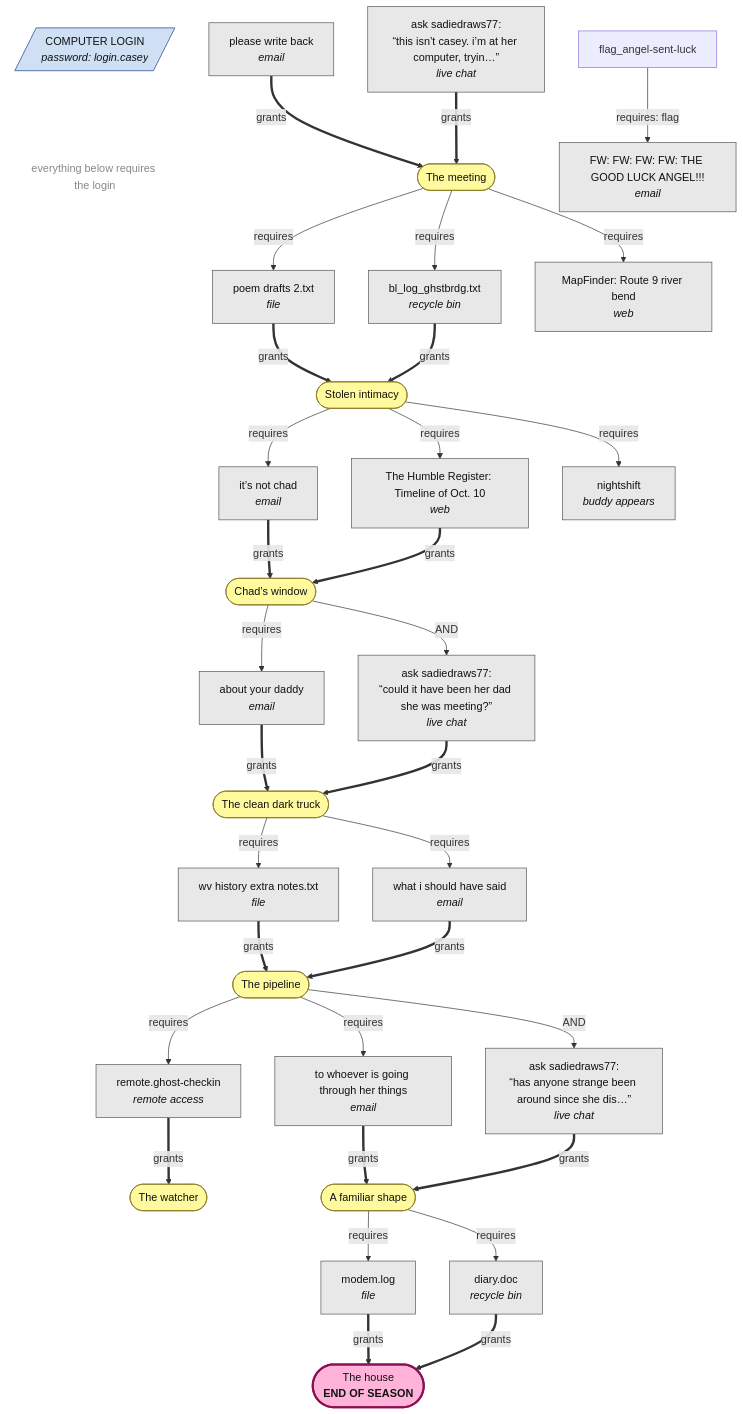
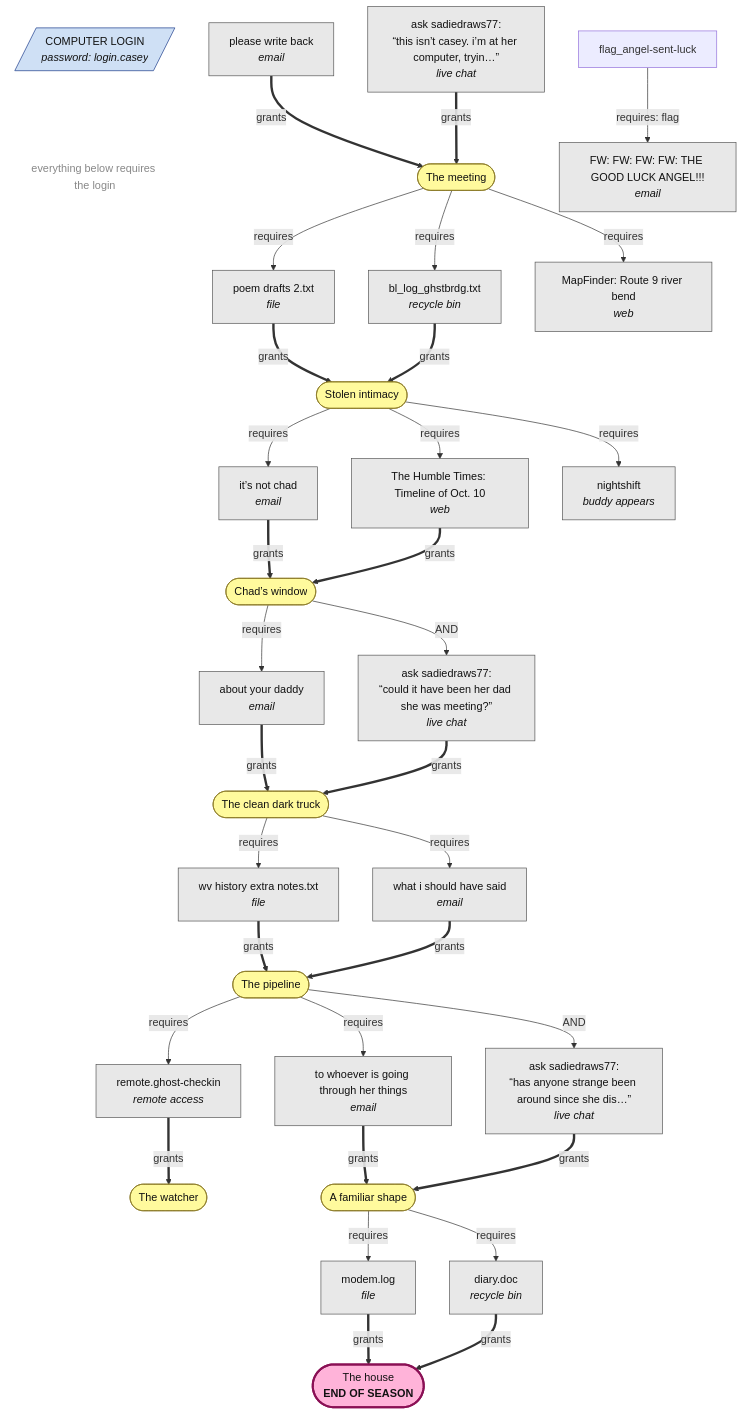
One commit to adamthedorsey/last-login changed the diagram in docs/clue-graph.md. Above: the diagram before and after it, drawn with Mermaid. The commit also changed other lines of this file and 8 other files, not shown here.

````diff
--- a/docs/clue-graph.md
+++ b/docs/clue-graph.md
@@ -9,67 +9,67 @@
 ```mermaid
 flowchart TD
   classDef discovery fill:#fffa9d,stroke:#887722,color:#111
   classDef finale fill:#ffb3d9,stroke:#8a1055,color:#111,stroke-width:3px
   classDef item fill:#e8e8e8,stroke:#555,color:#111
   classDef locked fill:#cfe0f5,stroke:#1a3a8a,color:#111
   classDef note fill:none,stroke:none,color:#888
   login[/"COMPUTER LOGIN<br/><i>password: login.casey</i>"/]:::locked
   login ~~~ loginNote["everything below requires the login"]:::note
   d_the_meeting(["The meeting"]):::discovery
   d_stolen_intimacy(["Stolen intimacy"]):::discovery
   d_chads_window(["Chad’s window"]):::discovery
   d_the_clean_truck(["The clean dark truck"]):::discovery
   d_the_pipeline(["The pipeline"]):::discovery
   d_the_watcher(["The watcher"]):::discovery
   d_who_shaped(["A familiar shape"]):::discovery
   d_the_house(["The house<br/><b>END OF SEASON</b>"]):::finale
   i_file_ledger_copy["wv history extra notes.txt<br/><i>file</i>"]:::item
   i_file_ledger_copy ==>|grants| d_the_pipeline
   d_the_clean_truck -->|requires| i_file_ledger_copy
   i_file_gb_log_oct8["poem drafts 2.txt<br/><i>file</i>"]:::item
   i_file_gb_log_oct8 ==>|grants| d_stolen_intimacy
   d_the_meeting -->|requires| i_file_gb_log_oct8
   i_file_modem_log["modem.log<br/><i>file</i>"]:::item
   i_file_modem_log ==>|grants| d_the_house
   d_who_shaped -->|requires| i_file_modem_log
   i_email_sadie_please["please write back<br/><i>email</i>"]:::item
   i_email_sadie_please ==>|grants| d_the_meeting
   i_email_angel_chain2["FW: FW: FW: FW: THE GOOD LUCK ANGEL!!!<br/><i>email</i>"]:::item
   flag_angel-sent-luck -->|requires: flag| i_email_angel_chain2
   i_email_sadie_notchad["it’s not chad<br/><i>email</i>"]:::item
   i_email_sadie_notchad ==>|grants| d_chads_window
   d_stolen_intimacy -->|requires| i_email_sadie_notchad
   i_email_ruth_yourdad["about your daddy<br/><i>email</i>"]:::item
   i_email_ruth_yourdad ==>|grants| d_the_clean_truck
   d_chads_window -->|requires| i_email_ruth_yourdad
   i_email_sam_plain["what i should have said<br/><i>email</i>"]:::item
   i_email_sam_plain ==>|grants| d_the_pipeline
   d_the_clean_truck -->|requires| i_email_sam_plain
   i_email_rebecca["to whoever is going through her things<br/><i>email</i>"]:::item
   i_email_rebecca ==>|grants| d_who_shaped
   d_the_pipeline -->|requires| i_email_rebecca
   i_trash_bl_log["bl_log_ghstbrdg.txt<br/><i>recycle bin</i>"]:::item
   i_trash_bl_log ==>|grants| d_stolen_intimacy
   d_the_meeting -->|requires| i_trash_bl_log
   i_trash_diary["diary.doc<br/><i>recycle bin</i>"]:::item
   i_trash_diary ==>|grants| d_the_house
   d_who_shaped -->|requires| i_trash_diary
-  i_web_register_timeline["The Humble Register: Timeline of Oct. 10<br/><i>web</i>"]:::item
+  i_web_register_timeline["The Humble Times: Timeline of Oct. 10<br/><i>web</i>"]:::item
   i_web_register_timeline ==>|grants| d_chads_window
   d_stolen_intimacy -->|requires| i_web_register_timeline
   i_web_mapfinder_bend["MapFinder: Route 9 river bend<br/><i>web</i>"]:::item
   d_the_meeting -->|requires| i_web_mapfinder_bend
   b_nightshift["nightshift<br/><i>buddy appears</i>"]:::item
   d_stolen_intimacy -->|requires| b_nightshift
   c_sadiedraws77_intro["ask sadiedraws77:<br/>“this isn’t casey. i’m at her computer, tryin…”<br/><i>live chat</i>"]:::item
   c_sadiedraws77_intro ==>|grants| d_the_meeting
   c_sadiedraws77_frank["ask sadiedraws77:<br/>“could it have been her dad she was meeting?”<br/><i>live chat</i>"]:::item
   c_sadiedraws77_frank ==>|grants| d_the_clean_truck
   d_chads_window -->|AND| c_sadiedraws77_frank
   c_sadiedraws77_vigil["ask sadiedraws77:<br/>“has anyone strange been around since she dis…”<br/><i>live chat</i>"]:::item
   c_sadiedraws77_vigil ==>|grants| d_who_shaped
   d_the_pipeline -->|AND| c_sadiedraws77_vigil
   r_remote_ghost_checkin["remote.ghost-checkin<br/><i>remote access</i>"]:::item
   r_remote_ghost_checkin ==>|grants| d_the_watcher
   d_the_pipeline -->|requires| r_remote_ghost_checkin
 ```
````
